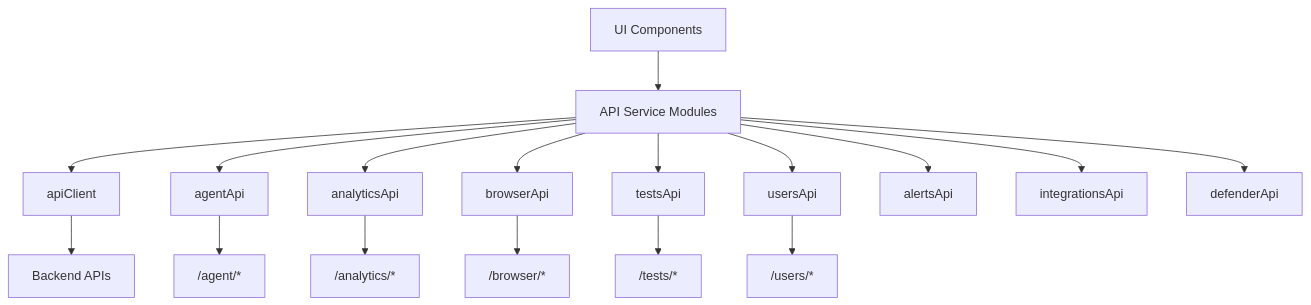
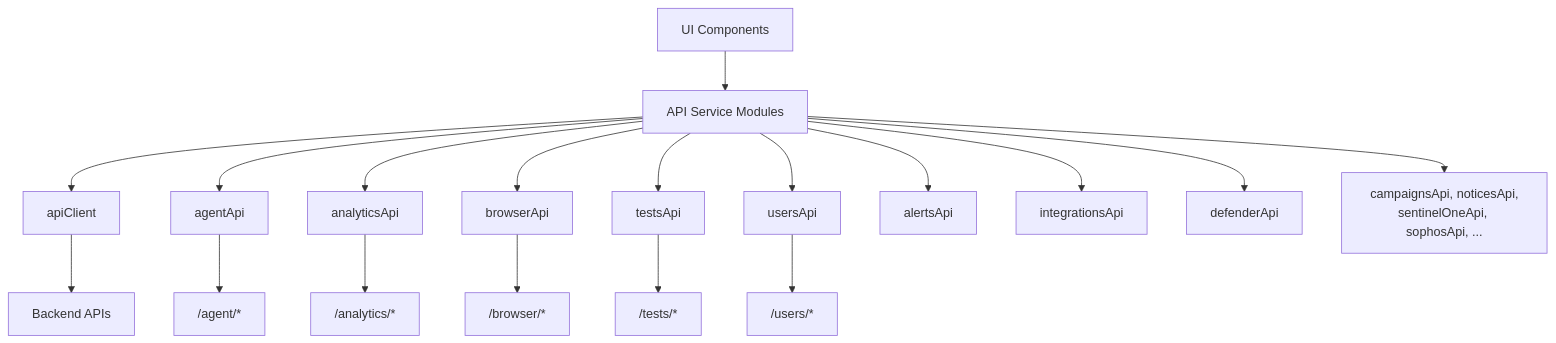
One commit to projectachilles/ProjectAchilles changed the second of 2 diagrams in wiki/docs/developer-guide/frontend/auth-hooks.md. Above: the diagram before and after it, drawn with Mermaid. The commit also changed other lines of this file and 136 other files, not shown here.

````diff
--- a/wiki/docs/developer-guide/frontend/auth-hooks.md
+++ b/wiki/docs/developer-guide/frontend/auth-hooks.md
@@ -147,21 +144,22 @@
 ```mermaid
 graph TB
     UI[UI Components] --> Services[API Service Modules]
     Services --> Client[apiClient]
     Client --> Backend[Backend APIs]
 
     Services --> Agent[agentApi]
     Services --> Analytics[analyticsApi]
     Services --> Browser[browserApi]
     Services --> Tests[testsApi]
     Services --> Users[usersApi]
     Services --> Alerts[alertsApi]
     Services --> Integrations[integrationsApi]
     Services --> Defender[defenderApi]
+    Services --> More[campaignsApi, noticesApi,<br/>sentinelOneApi, sophosApi, ...]
 
     Agent --> AgentEndpoints["/agent/*"]
     Analytics --> AnalyticsEndpoints["/analytics/*"]
     Browser --> BrowserEndpoints["/browser/*"]
     Tests --> TestsEndpoints["/tests/*"]
     Users --> UsersEndpoints["/users/*"]
 ```
````
